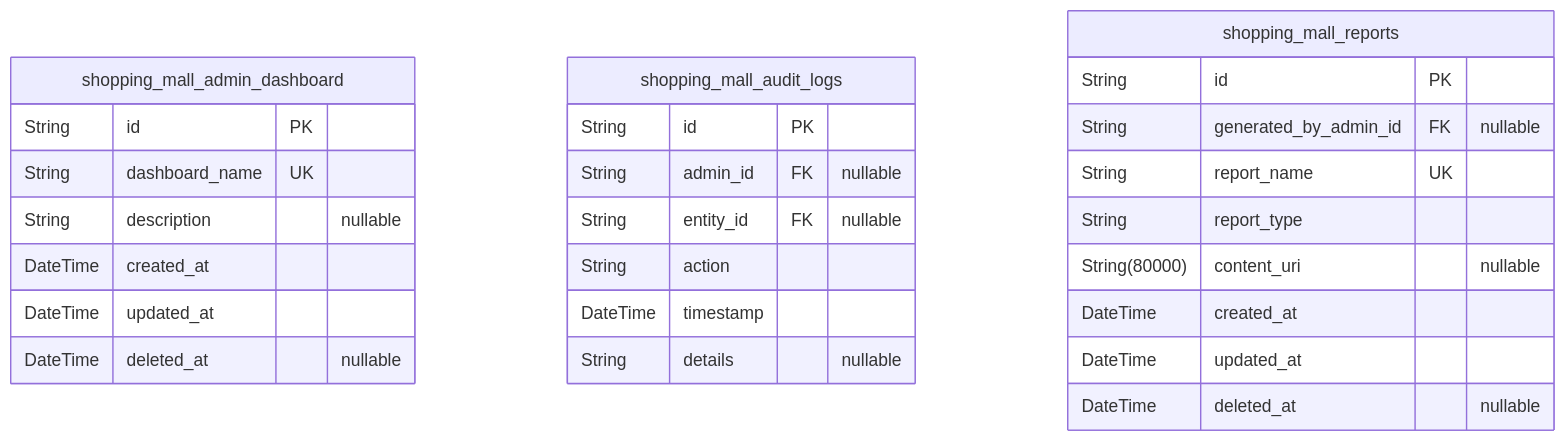
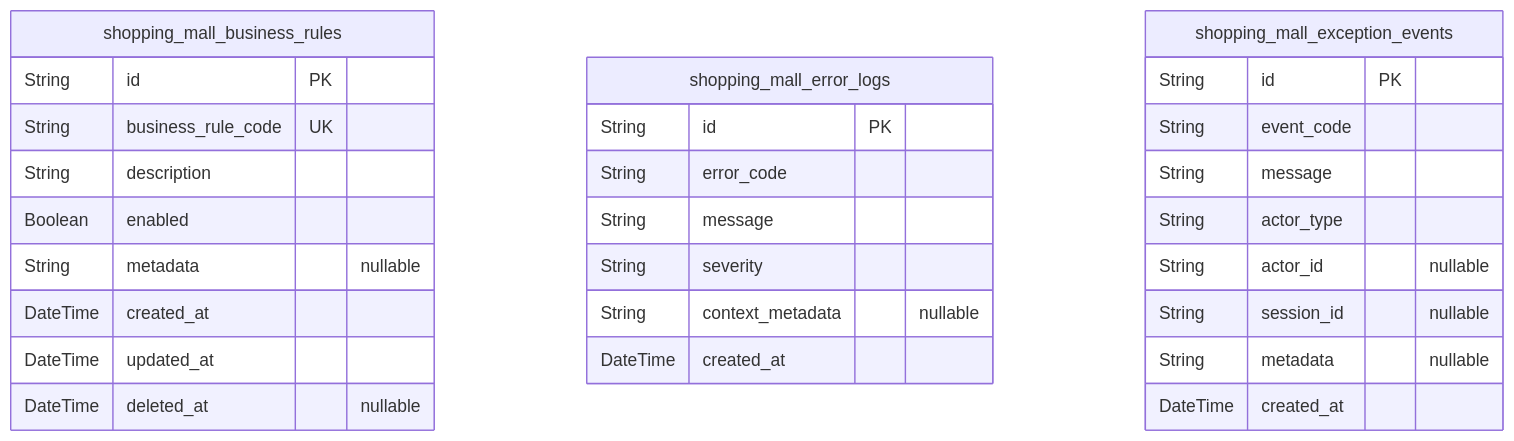
The tenth of 11 diagrams in openai/gpt-4.1-mini/shopping/docs/ERD.md (wrtnlabs/autobe-examples), drawn with Mermaid before and after one commit. The commit also changed other lines of this file and 16146 other files, not shown here.

````diff
--- a/openai/gpt-4.1-mini/shopping/docs/ERD.md
+++ b/openai/gpt-4.1-mini/shopping/docs/ERD.md
@@ -695,29 +1035,31 @@
 ```mermaid
 erDiagram
-"shopping_mall_admin_dashboard" {
+"shopping_mall_business_rules" {
   String id PK
-  String dashboard_name UK
-  String description "nullable"
+  String business_rule_code UK
+  String description
+  Boolean enabled
+  String metadata "nullable"
   DateTime created_at
   DateTime updated_at
   DateTime deleted_at "nullable"
 }
-"shopping_mall_audit_logs" {
+"shopping_mall_error_logs" {
   String id PK
-  String admin_id FK "nullable"
-  String entity_id FK "nullable"
-  String action
-  DateTime timestamp
-  String details "nullable"
+  String error_code
+  String message
+  String severity
+  String context_metadata "nullable"
+  DateTime created_at
 }
-"shopping_mall_reports" {
+"shopping_mall_exception_events" {
   String id PK
-  String generated_by_admin_id FK "nullable"
-  String report_name UK
-  String report_type
-  String(80000) content_uri "nullable"
+  String event_code
+  String message
+  String actor_type
+  String actor_id "nullable"
+  String session_id "nullable"
+  String metadata "nullable"
   DateTime created_at
-  DateTime updated_at
-  DateTime deleted_at "nullable"
 }
 ```
````
